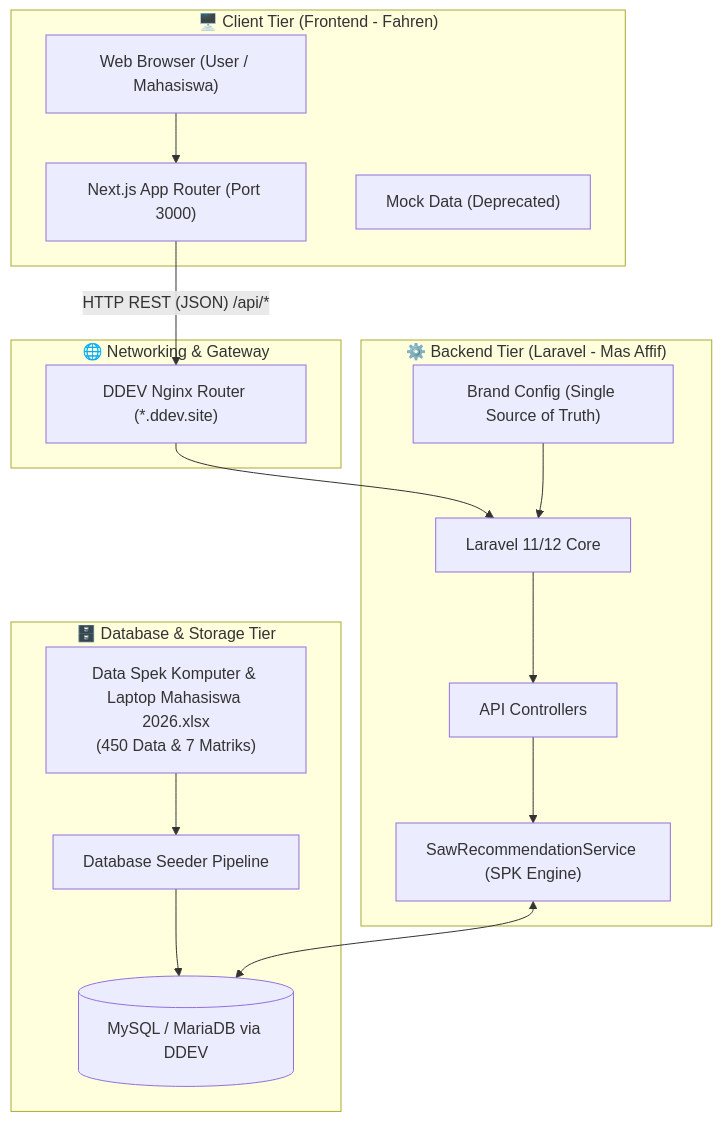
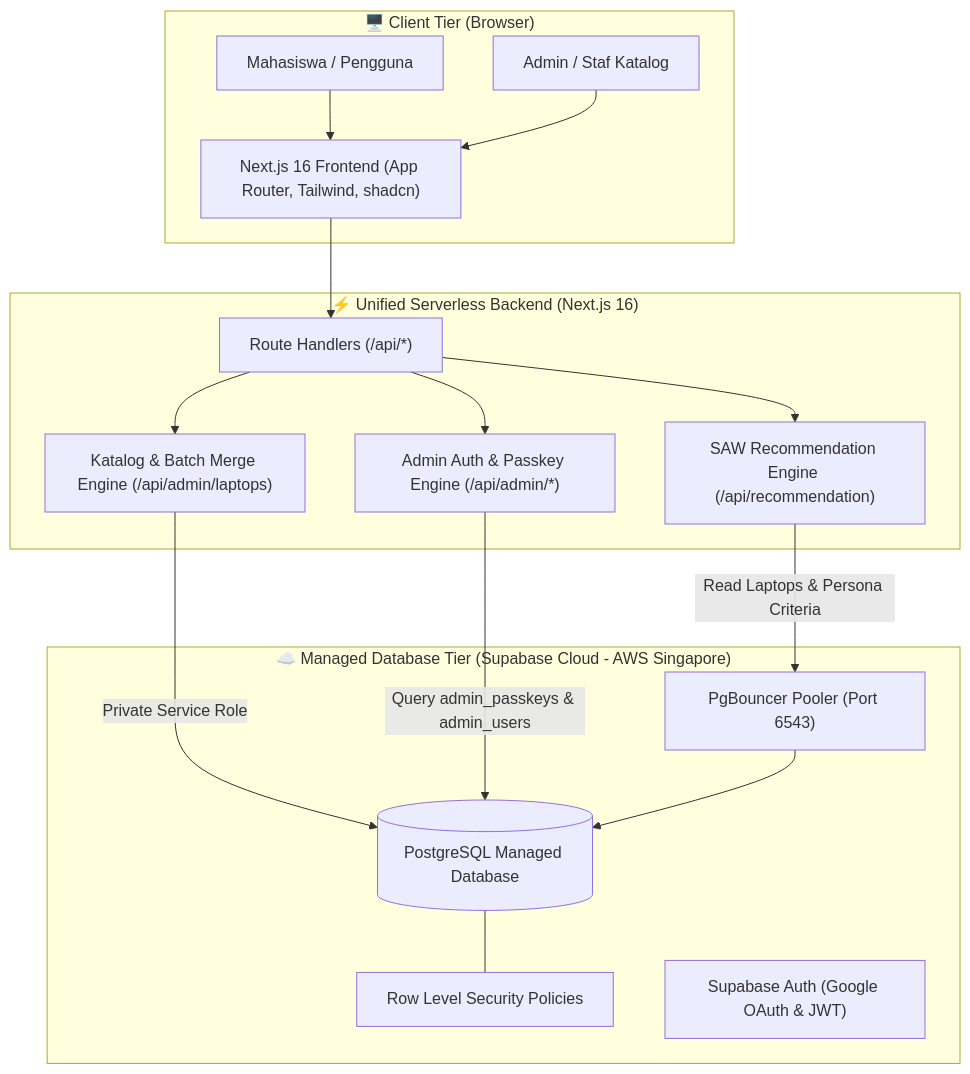
One commit to Nourivex/Speco changed the first of 2 diagrams in docs/ARCHITECTURE.md. Above: the diagram before and after it, drawn with Mermaid. The commit also changed other lines of this file, not shown here.

Commit message:
docs(adr): document architectural transition from laravel to nextjs fullstack and supabase cloud serverless

````diff
--- a/docs/ARCHITECTURE.md
+++ b/docs/ARCHITECTURE.md
@@ -24,36 +39,35 @@
 ```mermaid
 flowchart TD
-    subgraph Client["🖥️ Client Tier (Frontend - Fahren)"]
-        Browser["Web Browser (User / Mahasiswa)"]
-        NextApp["Next.js App Router (Port 3000)"]
-        MockData["Mock Data (Deprecated)"]
-        Browser --> NextApp
+    subgraph ClientTier["🖥️ Client Tier (Browser)"]
+        User["Mahasiswa / Pengguna"]
+        Staff["Admin / Staf Katalog"]
+        NextUI["Next.js 16 Frontend (App Router, Tailwind, shadcn)"]
+        User --> NextUI
+        Staff --> NextUI
     end
 
-    subgraph Gateway["🌐 Networking & Gateway"]
-        ReverseProxy["DDEV Nginx Router (*.ddev.site)"]
-        NextApp -- "HTTP REST (JSON) /api/*" --> ReverseProxy
+    subgraph ServerlessEngine["⚡ Unified Serverless Backend (Next.js 16)"]
+        APIRoute["Route Handlers (/api/*)"]
+        AuthModule["Admin Auth & Passkey Engine (/api/admin/*)"]
+        CatalogAPI["Katalog & Batch Merge Engine (/api/admin/laptops)"]
+        SawEngine["SAW Recommendation Engine (/api/recommendation)"]
+        
+        NextUI --> APIRoute
+        APIRoute --> AuthModule
+        APIRoute --> CatalogAPI
+        APIRoute --> SawEngine
     end
 
-    subgraph Backend["⚙️ Backend Tier (Laravel - Mas Affif)"]
-        LaravelApp["Laravel 11/12 Core"]
-        BrandConfig["Brand Config (Single Source of Truth)"]
-        Controller["API Controllers"]
-        SawService["SawRecommendationService (SPK Engine)"]
+    subgraph CloudDatabase["☁️ Managed Database Tier (Supabase Cloud - AWS Singapore)"]
+        PgBouncer["PgBouncer Pooler (Port 6543)"]
+        PostgresDB[(PostgreSQL Managed Database)]
+        RLS["Row Level Security Policies"]
+        AuthUsers["Supabase Auth (Google OAuth & JWT)"]
         
-        ReverseProxy --> LaravelApp
-        BrandConfig --> LaravelApp
-        LaravelApp --> Controller
-        Controller --> SawService
-    end
-
-    subgraph DatabaseTier["🗄️ Database & Storage Tier"]
-        DB[(MySQL / MariaDB via DDEV)]
-        ExcelSource["Data Spek Komputer & Laptop Mahasiswa 2026.xlsx\n(450 Data & 7 Matriks)"]
-        Seeder["Database Seeder Pipeline"]
-        
-        ExcelSource --> Seeder
-        Seeder --> DB
-        SawService <--> DB
+        CatalogAPI -- "Private Service Role" --> PostgresDB
+        AuthModule -- "Query admin_passkeys & admin_users" --> PostgresDB
+        SawEngine -- "Read Laptops & Persona Criteria" --> PgBouncer
+        PgBouncer --> PostgresDB
+        PostgresDB --- RLS
     end
 ```
````
